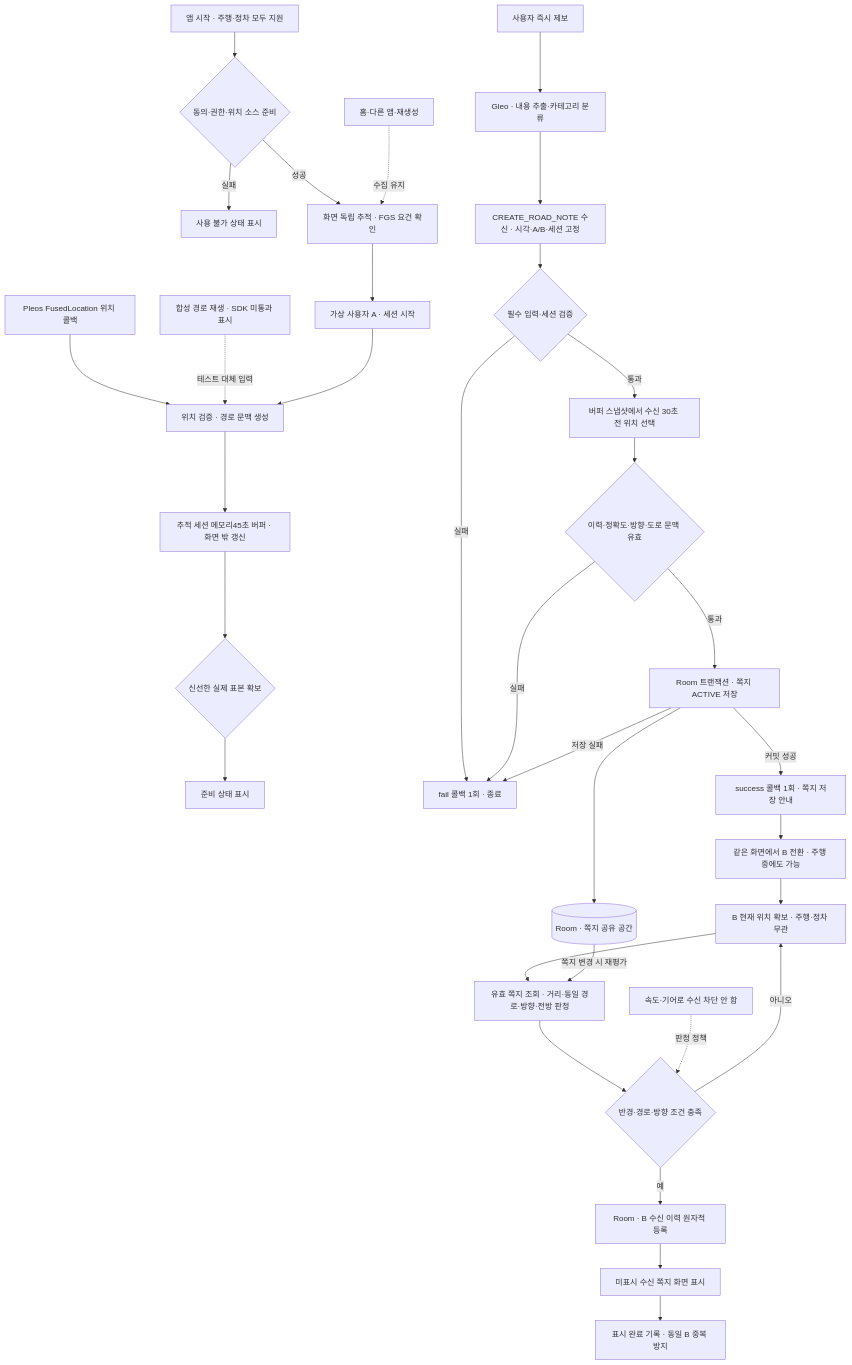
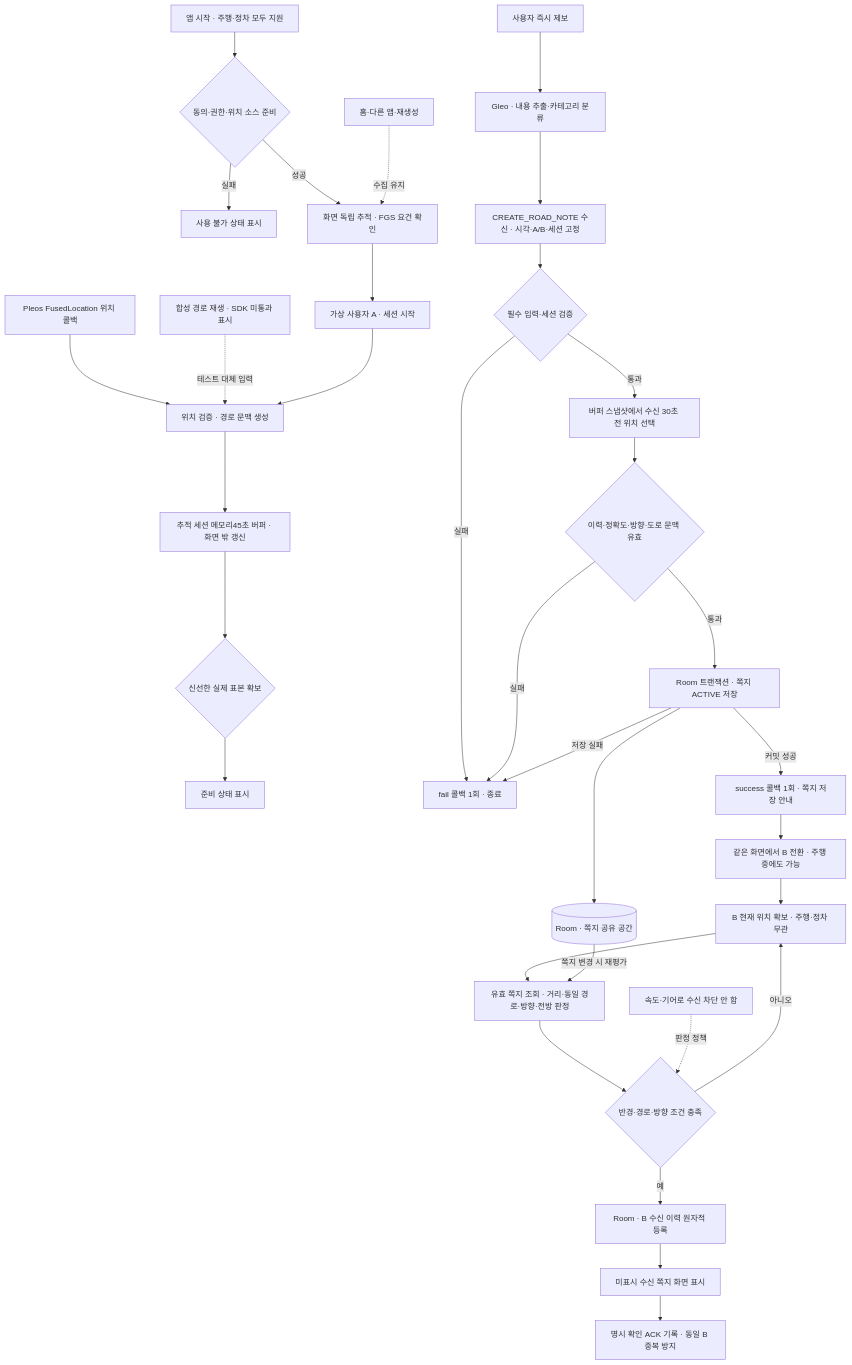
Before and after one commit to jin-kim-240204/hyundai-and-gretel: the diagram in docs/plans/diagrams/prototype-e2e-flow.mmd, drawn with Mermaid. The commit also changed 2 other files, not shown here.

Commit message:
docs: 접근 오류와 명시 확인 ACK 공통 정책 확정

```diff
--- a/docs/plans/diagrams/prototype-e2e-flow.mmd
+++ b/docs/plans/diagrams/prototype-e2e-flow.mmd
@@ -1,33 +1,33 @@
 flowchart TD
     Start[앱 시작 · 주행·정차 모두 지원] --> Gate{동의·권한·위치 소스 준비}
     Gate -->|실패| Block[사용 불가 상태 표시]
     Gate -->|성공| Tracking[화면 독립 추적 · FGS 요건 확인]
     Away[홈·다른 앱·재생성] -. 수집 유지 .-> Tracking
     Tracking --> Session[가상 사용자 A · 세션 시작]
     SDK[Pleos FusedLocation 위치 콜백] --> Source[위치 검증 · 경로 문맥 생성]
     Replay[합성 경로 재생 · SDK 미통과 표시] -. 테스트 대체 입력 .-> Source
     Session --> Source
     Source --> Buffer[추적 세션 메모리45초 버퍼 · 화면 밖 갱신]
     Buffer --> Ready{신선한 실제 표본 확보}
     Ready --> UI[준비 상태 표시]
     Voice[사용자 즉시 제보] --> Gleo[Gleo · 내용 추출·카테고리 분류]
     Gleo --> Receiver[CREATE_ROAD_NOTE 수신 · 시각·A/B·세션 고정]
     Receiver --> Validate{필수 입력·세션 검증}
     Validate -->|실패| Fail[fail 콜백 1회 · 종료]
     Validate -->|통과| Anchor[버퍼 스냅샷에서 수신 30초 전 위치 선택]
     Anchor --> Quality{이력·정확도·방향·도로 문맥 유효}
     Quality -->|실패| Fail
     Quality -->|통과| Tx[Room 트랜잭션 · 쪽지 ACTIVE 저장]
     Tx -->|저장 실패| Fail
     Tx -->|커밋 성공| Success[success 콜백 1회 · 쪽지 저장 안내]
     Tx --> DB[(Room · 쪽지 공유 공간)]
     Success --> Switch[같은 화면에서 B 전환 · 주행 중에도 가능]
     Switch --> B[B 현재 위치 확보 · 주행·정차 무관]
     B --> Matcher[유효 쪽지 조회 · 거리·동일 경로·방향·전방 판정]
     DB -->|쪽지 변경 시 재평가| Matcher
     Matcher --> Match{반경·경로·방향 조건 충족}
     Match -->|아니오| B
     Policy[속도·기어로 수신 차단 안 함] -. 판정 정책 .-> Match
     Match -->|예| Receipt[Room · B 수신 이력 원자적 등록]
     Receipt --> Display[미표시 수신 쪽지 화면 표시]
-    Display --> Mark[표시 완료 기록 · 동일 B 중복 방지]
+    Display --> Mark[명시 확인 ACK 기록 · 동일 B 중복 방지]
```
